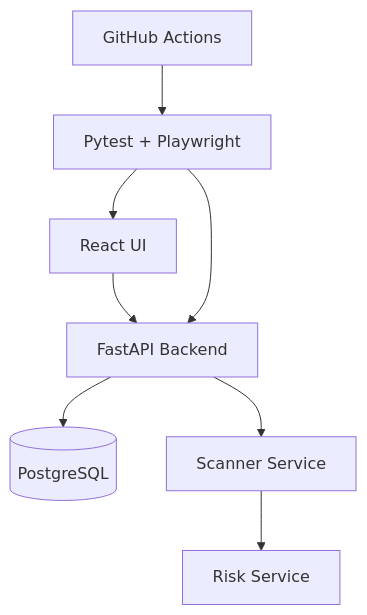
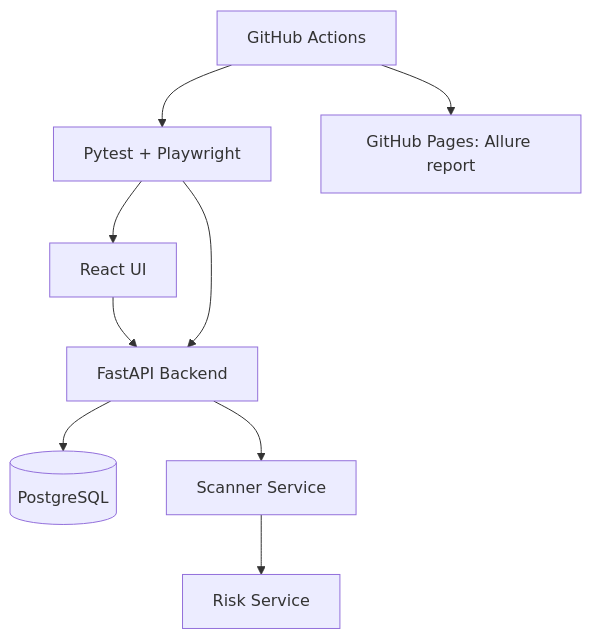
One commit to rabinavidan/VaroShield-Mini changed the diagram in README.md. Above: the diagram before and after it, drawn with Mermaid. The commit also changed other lines of this file and 1 other file, not shown here.

First line of the commit message:
Document the frontend redesign, Pages deploy, and demo-data seeding

````diff
--- a/README.md
+++ b/README.md
@@ -13,10 +13,11 @@
 ```mermaid
 flowchart TD
   UI[React UI] --> API[FastAPI Backend]
   API --> DB[(PostgreSQL)]
   API --> Scanner[Scanner Service]
   Scanner --> Risk[Risk Service]
   Tests[Pytest + Playwright] --> API
   Tests --> UI
   CI[GitHub Actions] --> Tests
+  CI --> Pages[GitHub Pages: Allure report]
 ```
````
